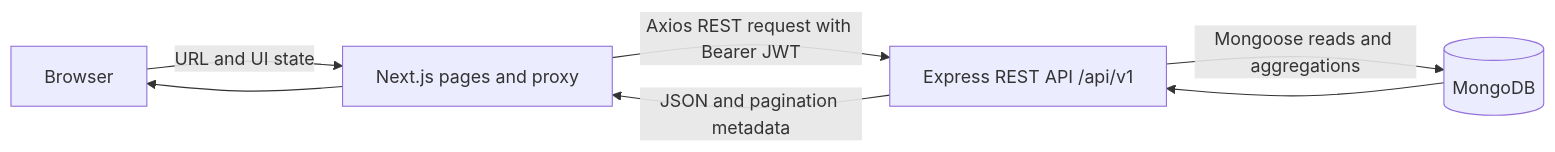
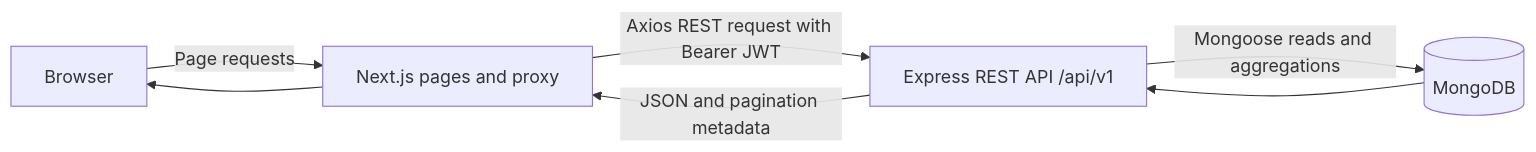
One commit to HafijurRahmanBhuiyan/doctor-tracker-frontend changed the diagram in README.md. Above: the diagram before and after it, drawn with Mermaid. The commit also changed other lines of this file, not shown here.

Commit message:
docs(frontend): show mobile screenshots side by side and fix diagram labels

````diff
--- a/README.md
+++ b/README.md
@@ -53,9 +53,9 @@
 ```mermaid
 flowchart LR
-  B[Browser] -->|URL and UI state| N[Next.js pages and proxy]
+  B[Browser] -->|Page requests| N[Next.js pages and proxy]
   N -->|Axios REST request with Bearer JWT| E[Express REST API /api/v1]
   E -->|Mongoose reads and aggregations| M[(MongoDB)]
   M --> E
   E -->|JSON and pagination metadata| N
   N --> B
 ```
````
